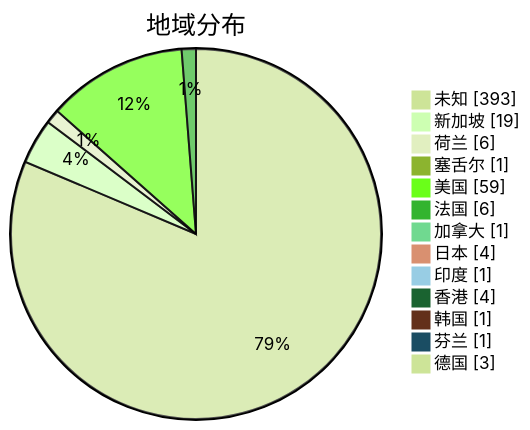
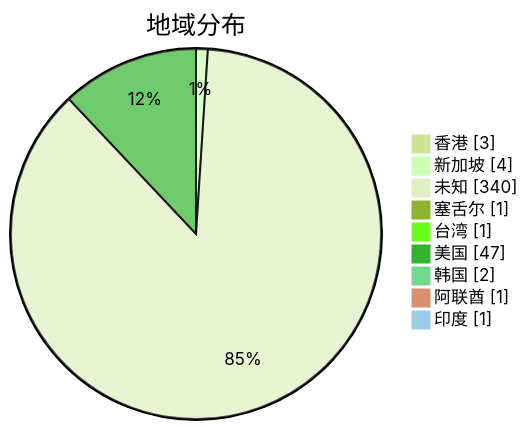
Before and after one commit to sinspired/airport: the second of 3 diagrams in subs/statistics/tested_within.md, drawn with Mermaid (forest theme). The commit also changed other lines of this file and 2 other files, not shown here.

````diff
--- a/subs/statistics/tested_within.md
+++ b/subs/statistics/tested_within.md
@@ -18,17 +19,13 @@
 ```mermaid
 pie showData
 title 地域分布
-"未知" : 393
-"新加坡" : 19
-"荷兰" : 6
+"香港" : 3
+"新加坡" : 4
+"未知" : 340
 "塞舌尔" : 1
-"美国" : 59
-"法国" : 6
-"加拿大" : 1
-"日本" : 4
+"台湾" : 1
+"美国" : 47
+"韩国" : 2
+"阿联酋" : 1
 "印度" : 1
-"香港" : 4
-"韩国" : 1
-"芬兰" : 1
-"德国" : 3
 ```
````
